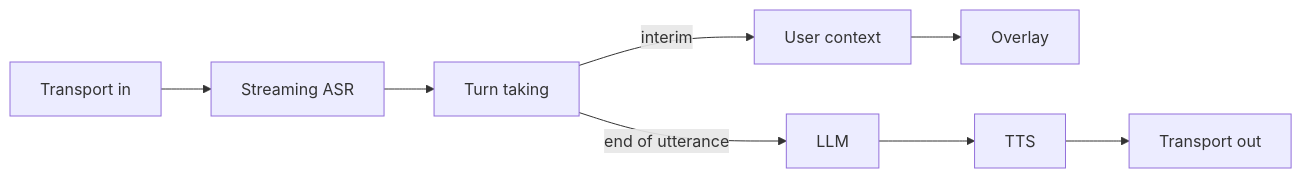
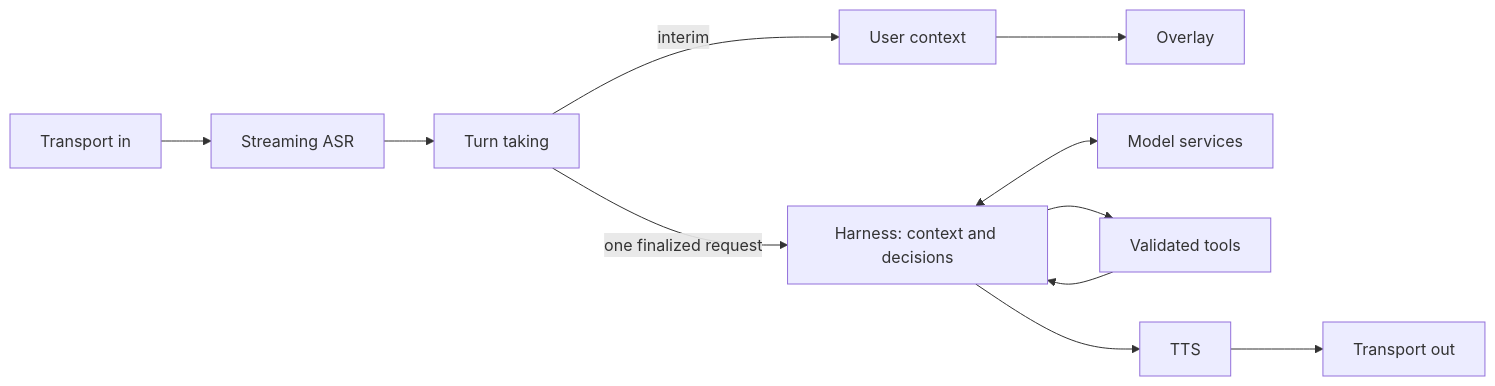
Before and after one commit to Janarthanam/agavai: the diagram in docs/audio.md, drawn with Mermaid. The commit also changed other lines of this file and 14 other files, not shown here.

Commit message:
Align architecture and runtime docs with the Agavai harness

````diff
--- a/docs/audio.md
+++ b/docs/audio.md
@@ -7,10 +7,13 @@
 ```mermaid
 flowchart LR
   TransportIn[Transport in] --> StreamingAsr[Streaming ASR]
   StreamingAsr --> TurnTaking[Turn taking]
   TurnTaking -->|interim| UserContext[User context]
   UserContext --> Overlay
-  TurnTaking -->|end of utterance| Llm[LLM]
-  Llm --> Tts[TTS]
+  TurnTaking -->|one finalized request| Harness[Harness: context and decisions]
+  Harness <--> Llm[Model services]
+  Harness --> Tools[Validated tools]
+  Tools --> Harness
+  Harness --> Tts[TTS]
   Tts --> TransportOut[Transport out]
 ```
````
